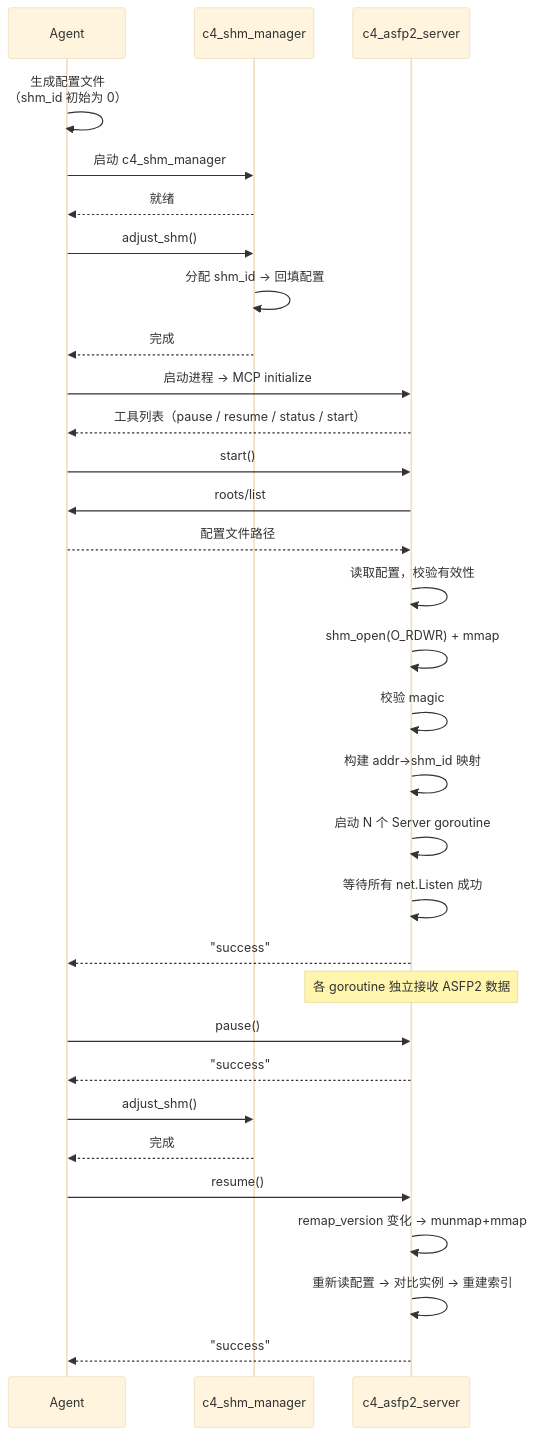
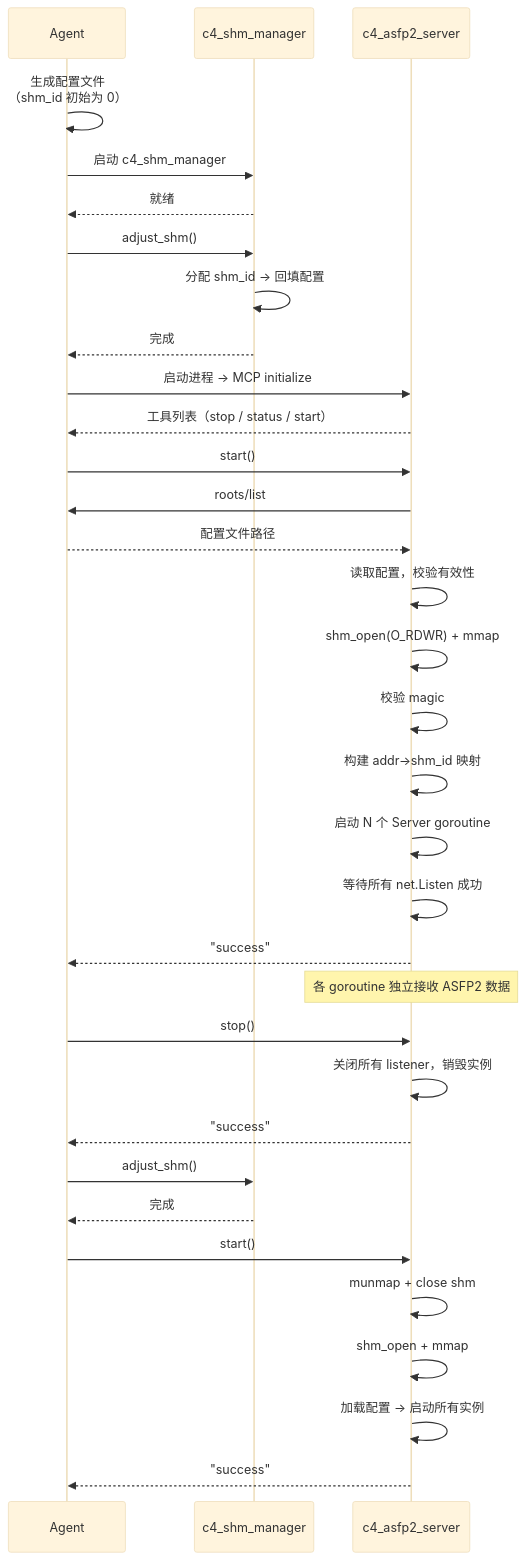
Before and after one commit to activesys/c4: the second of 3 diagrams in docs/design/c4_asfp2_server.md, drawn with Mermaid (base theme). The commit also changed other lines of this file and 18 other files, not shown here.

First line of the commit message:
refactor: replace pause/resume with stop/start; rename remap_version to reserved

````diff
--- a/docs/design/c4_asfp2_server.md
+++ b/docs/design/c4_asfp2_server.md
@@ -203,38 +203,40 @@
 ```mermaid
 sequenceDiagram
     participant A as Agent
     participant SM as c4_shm_manager
     participant S as c4_asfp2_server
 
     A->>A: 生成配置文件<br/>（shm_id 初始为 0）
     A->>SM: 启动 c4_shm_manager
     SM-->>A: 就绪
     A->>SM: adjust_shm()
     SM->>SM: 分配 shm_id → 回填配置
     SM-->>A: 完成
 
     A->>S: 启动进程 → MCP initialize
-    S-->>A: 工具列表（pause / resume / status / start）
+    S-->>A: 工具列表（stop / status / start）
 
     A->>S: start()
     S->>A: roots/list
     A-->>S: 配置文件路径
     S->>S: 读取配置，校验有效性
     S->>S: shm_open(O_RDWR) + mmap
     S->>S: 校验 magic
     S->>S: 构建 addr→shm_id 映射
     S->>S: 启动 N 个 Server goroutine
     S->>S: 等待所有 net.Listen 成功
     S-->>A: "success"
 
     Note over S: 各 goroutine 独立接收 ASFP2 数据
 
-    A->>S: pause()
+    A->>S: stop()
+    S->>S: 关闭所有 listener，销毁实例
     S-->>A: "success"
     A->>SM: adjust_shm()
     SM-->>A: 完成
-    A->>S: resume()
-    S->>S: remap_version 变化 → munmap+mmap
-    S->>S: 重新读配置 → 对比实例 → 重建索引
+    A->>S: start()
+    S->>S: munmap + close shm
+    S->>S: shm_open + mmap
+    S->>S: 加载配置 → 启动所有实例
     S-->>A: "success"
 ```
````
